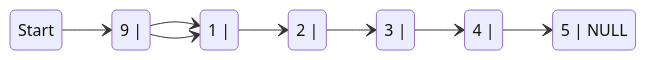
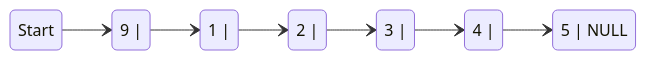
One commit to artghieri/Data-Structures-and-Algorithms-in-C changed diagram 14 of 16 in README.md. Above: the diagram before and after it, drawn with Mermaid. The commit also changed other lines of this file, not shown here.

````diff
--- a/README.md
+++ b/README.md
@@ -1731,19 +1732,18 @@
 ```mermaid
 stateDiagram-v2
 	direction LR
 	s1 --> s7
 	s7 --> s2
 	s2 --> s3
 	s3 --> s4
 	s4 --> s5
 	s5 --> s6
-	s7 --> s2
 
 	s1 : Start
 	s2 : 1 | 
 	s3 : 2 | 
 	s4 : 3 | 
 	s5 : 4 | 
 	s6 : 5 | NULL
 	s7:  9 |
 ```
````
